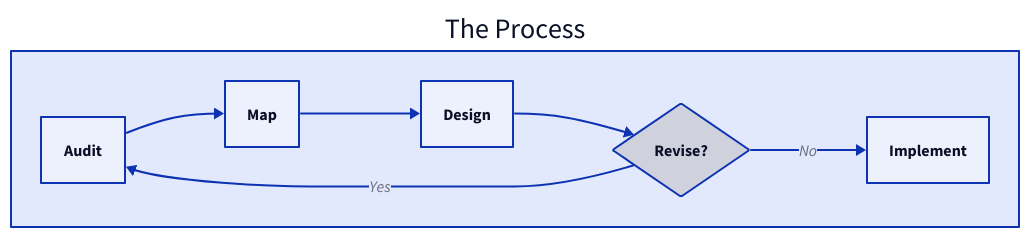
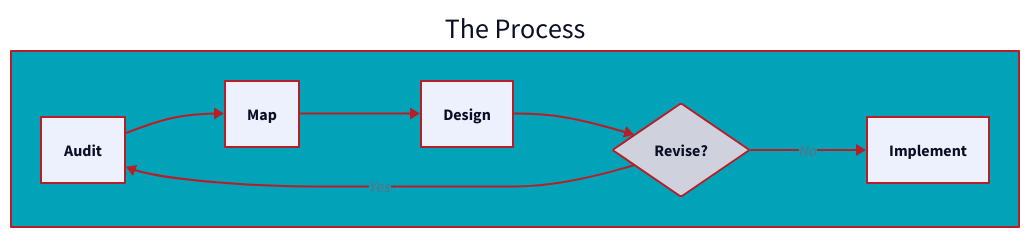
One commit to neosartre-nyc/dangerousangels changed the diagram in src/content/story/plan.mdx. Above: the diagram before and after it, drawn with D2.

Commit message:
colorChanges

````diff
--- a/src/content/story/plan.mdx
+++ b/src/content/story/plan.mdx
@@ -8,9 +8,26 @@
-```d2 sketch
+```d2
+vars: {
+  d2-config: {
+    theme-overrides: {
+      B1: "#b71e26"
+      B2: "#7e1e23"
+      B3: "#135666"
+      B4: "#02a3b8"
+
+      AA2: "#7e1e23"
+      AA4: "#590e12"
+      AA5: "#f5f5f1"
+
+      AB4: "#4b4b38"
+      AB5: "#424233"
+    }
+  }
+}
 direction: right
 The Process{
 Audit -> Map -> Design -> Revise?
 Revise?.shape: diamond
 Revise? -> Implement: No
 Revise? -> Audit: Yes
 }
 ```
````
